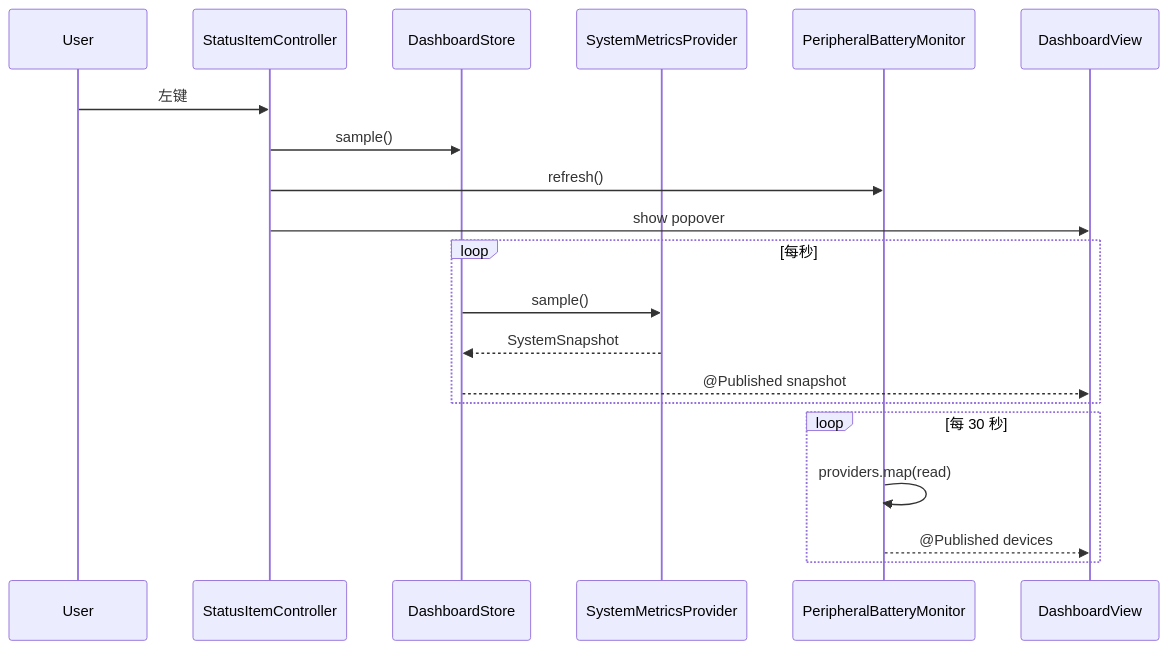
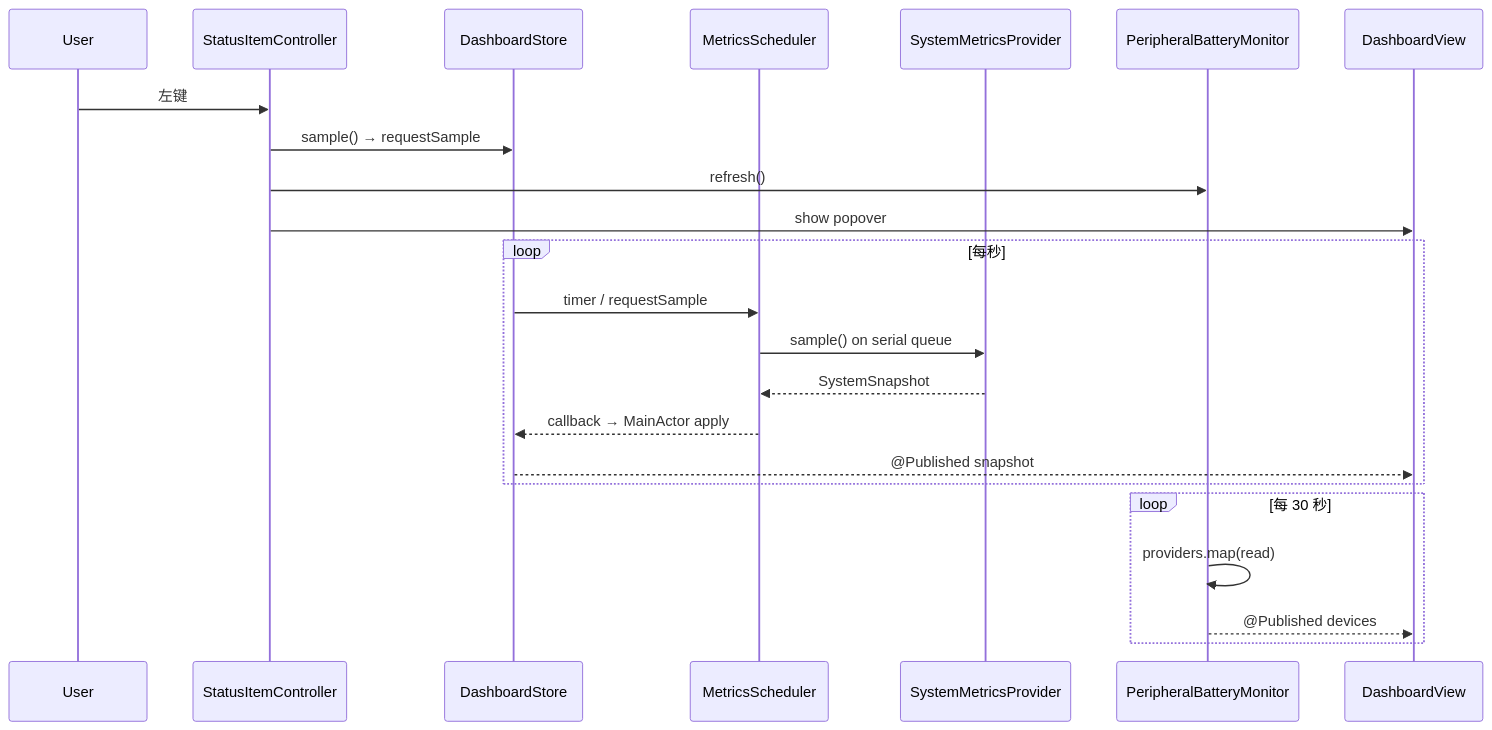
The second of 3 diagrams in docs/architecture.md (devin-landon/pulsebar), drawn with Mermaid before and after one commit. The commit also changed other lines of this file and 12 other files, not shown here.

First line of the commit message:
feat: move metrics sampling off the main thread

````diff
--- a/docs/architecture.md
+++ b/docs/architecture.md
@@ -107,23 +112,26 @@
 ```mermaid
 sequenceDiagram
     participant User
     participant SI as StatusItemController
     participant DS as DashboardStore
+    participant MS as MetricsScheduler
     participant MP as SystemMetricsProvider
     participant BM as PeripheralBatteryMonitor
     participant View as DashboardView
 
     User->>SI: 左键
-    SI->>DS: sample()
+    SI->>DS: sample() → requestSample
     SI->>BM: refresh()
     SI->>View: show popover
     loop 每秒
-        DS->>MP: sample()
-        MP-->>DS: SystemSnapshot
+        DS->>MS: timer / requestSample
+        MS->>MP: sample() on serial queue
+        MP-->>MS: SystemSnapshot
+        MS-->>DS: callback → MainActor apply
         DS-->>View: @Published snapshot
     end
     loop 每 30 秒
         BM->>BM: providers.map(read)
         BM-->>View: @Published devices
     end
 ```
````
